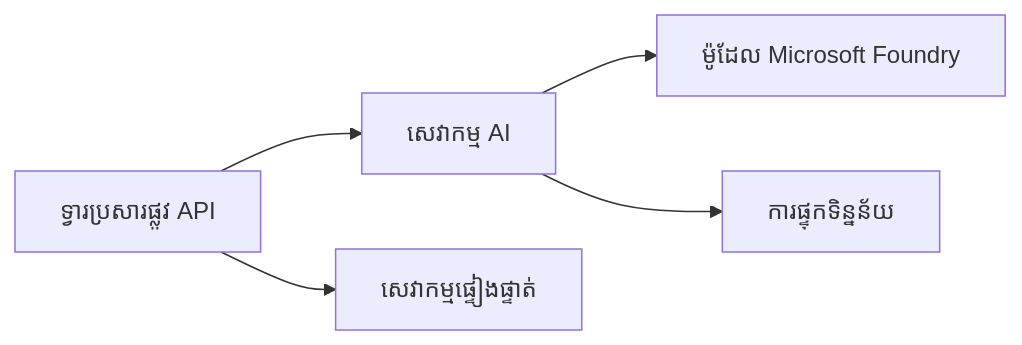
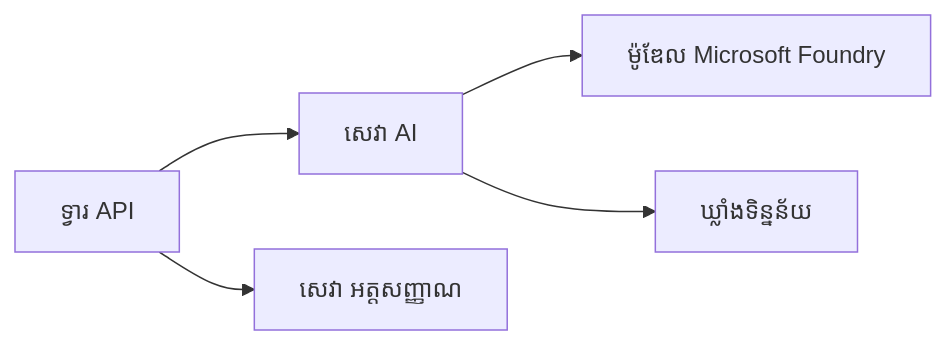
Before and after one commit to microsoft/AZD-for-beginners: the first of 2 diagrams in translations/km/docs/chapter-08-production/README.md, drawn with Mermaid. The commit also changed other lines of this file and 34 other files, not shown here.

````diff
--- a/translations/km/docs/chapter-08-production/README.md
+++ b/translations/km/docs/chapter-08-production/README.md
@@ -48,6 +48,6 @@
 ```mermaid
 graph LR
-    Gateway[ទ្វារប្រសារផ្លូវ API] --> AI[សេវាកម្ម AI] --> Models[ម៉ូដែល Microsoft Foundry]
-    Gateway --> Auth[សេវាកម្មផ្ទៀងផ្ទាត់]
-    AI --> Data[ការផ្ទុកទិន្នន័យ]
+    Gateway[ទ្វារ API] --> AI[សេវា AI] --> Models[ម៉ូឌែល Microsoft Foundry]
+    Gateway --> Auth[សេវា អត្តសញ្ញាណ]
+    AI --> Data[ឃ្លាំងទិន្នន័យ]
 ```
````
